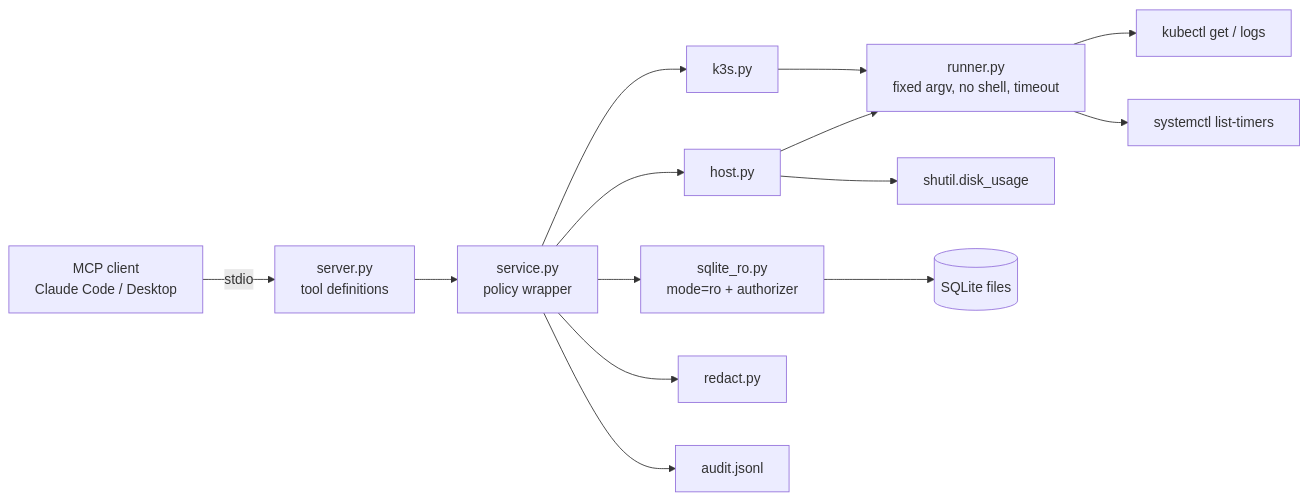
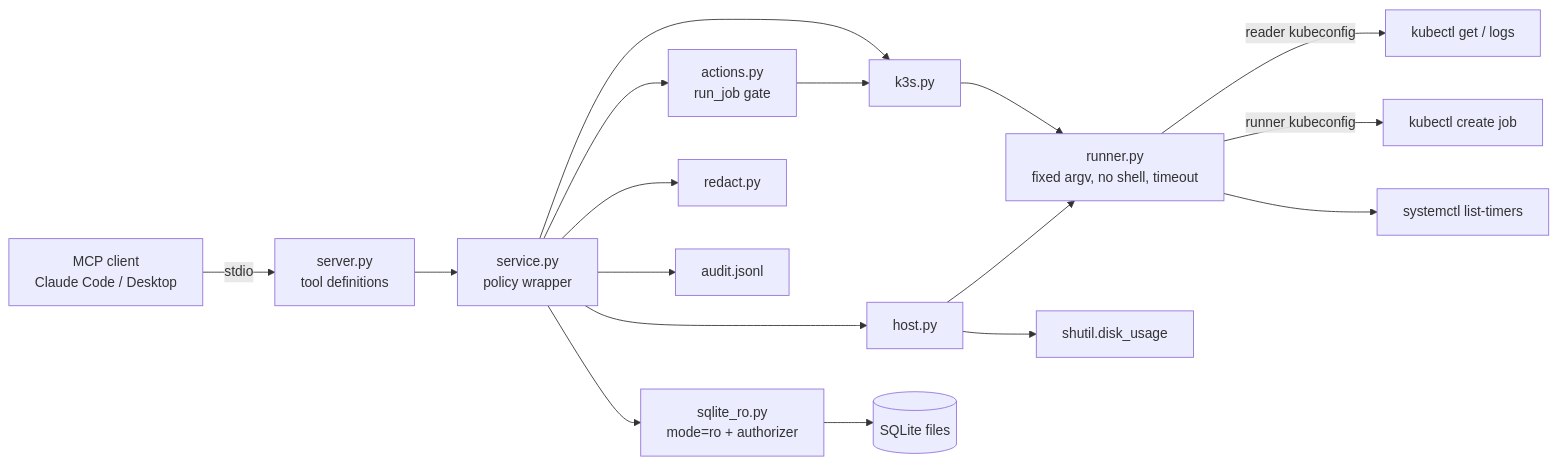
Before and after one commit to iVoyd/homelab-mcp: the diagram in README.md, drawn with Mermaid. The commit also changed other lines of this file, not shown here.

````diff
--- a/README.md
+++ b/README.md
@@ -13,13 +15,15 @@
 ```mermaid
 flowchart LR
     A[MCP client<br/>Claude Code / Desktop] -- stdio --> S[server.py<br/>tool definitions]
     S --> V[service.py<br/>policy wrapper]
     V --> K[k3s.py] --> R[runner.py<br/>fixed argv, no shell, timeout]
+    V --> J[actions.py<br/>run_job gate] --> K
     V --> H[host.py] --> R
-    R --> KC[kubectl get / logs]
+    R -- reader kubeconfig --> KC[kubectl get / logs]
+    R -- runner kubeconfig --> KX[kubectl create job]
     R --> SC[systemctl list-timers]
     H --> DU[shutil.disk_usage]
     V --> Q[sqlite_ro.py<br/>mode=ro + authorizer] --> DB[(SQLite files)]
     V --> X[redact.py]
     V --> L[audit.jsonl]
 ```
````
